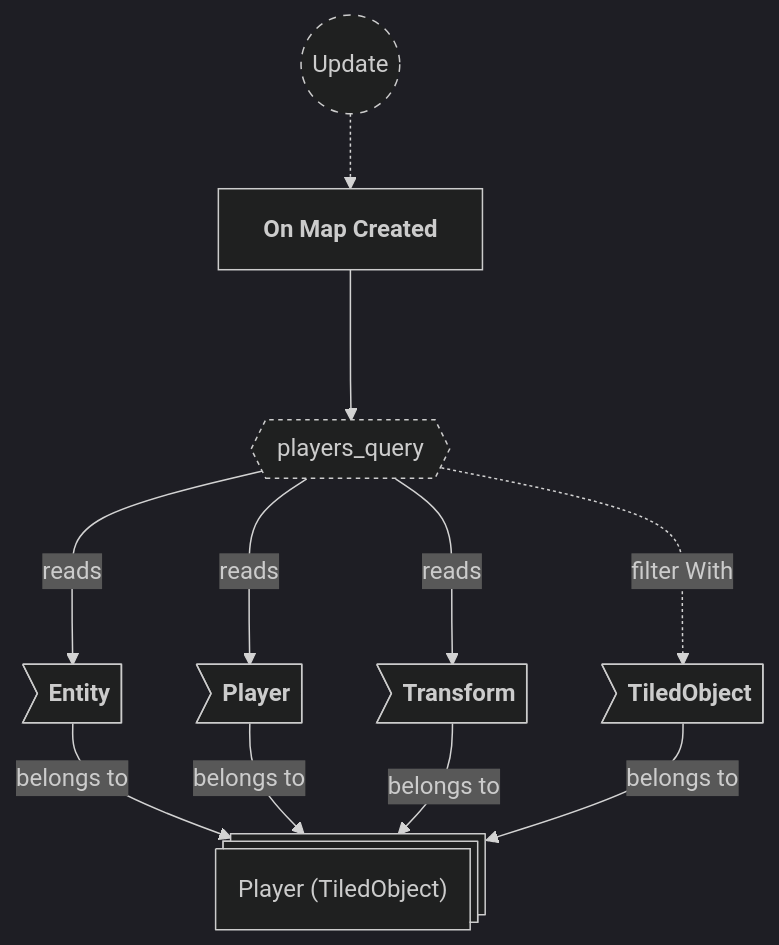
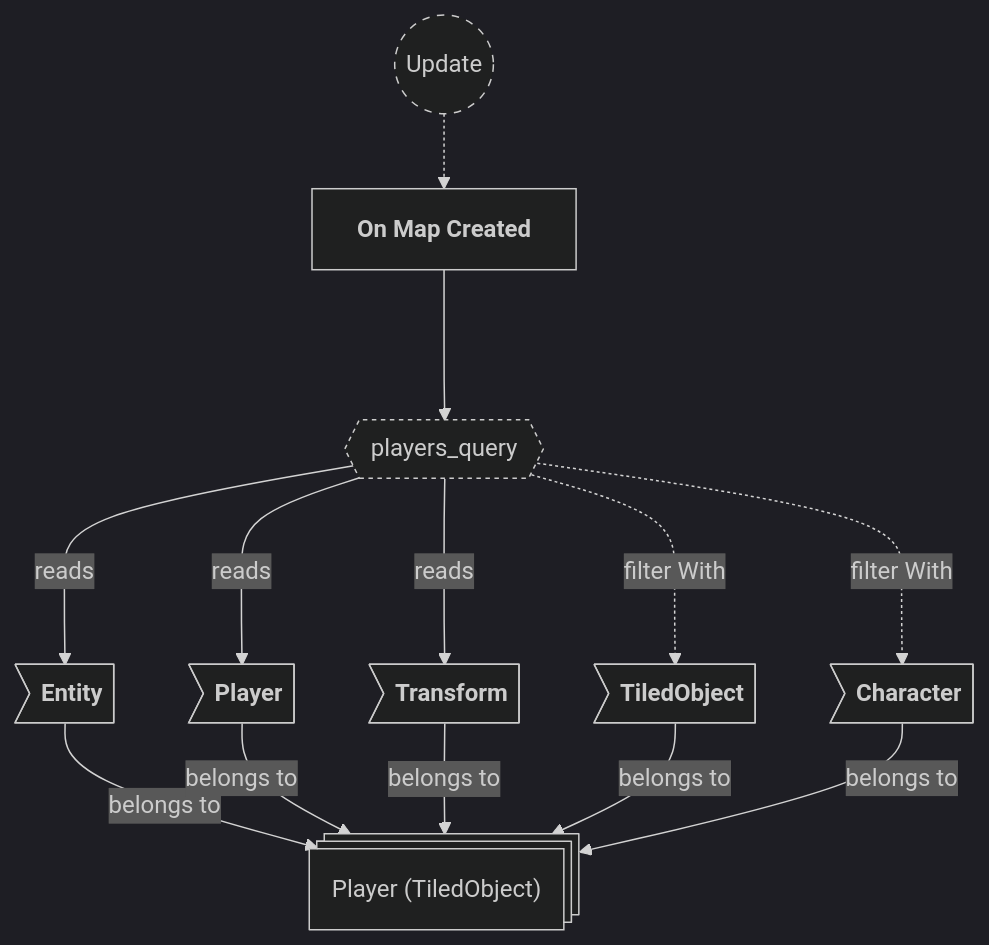
One commit to neurosoup/tyled changed the fifth of 10 diagrams in backlog/docs/doc-3 - 001-Maps-plugin.md. Above: the diagram before and after it, drawn with Mermaid. The commit also changed other lines of this file and 7 other files, not shown here.

````diff
--- a/backlog/docs/doc-3 - 001-Maps-plugin.md
+++ b/backlog/docs/doc-3 - 001-Maps-plugin.md
@@ -212,30 +212,32 @@
 ```mermaid
 ---
 config:
   theme: dark
 ---
 
 flowchart TD
 classDef system-group stroke-dasharray: 5 5
 classDef query stroke-dasharray: 3 3
 
 update(("`Update`")):::system-group
 on_map_created["`**On Map Created**`"]
 
 update -.-> on_map_created
 
 players_query{{"`players_query`"}}:::query
 on_map_created ---> players_query
 
 player_entity@{ shape: st-rect, label: "Player (TiledObject)" }
 
 pe_entity>"`**Entity**`"] --> |belongs to| player_entity
 pe_player>"`**Player**`"] --> |belongs to| player_entity
 pe_transform>"`**Transform**`"] --> |belongs to| player_entity
 pe_tiled_object>"`**TiledObject**`"] --> |belongs to| player_entity
+pe_character>"`**Character**`"] --> |belongs to| player_entity
 
 players_query ---> |reads| pe_entity
 players_query ---> |reads| pe_player
 players_query ---> |reads| pe_transform
 players_query -..-> |filter With| pe_tiled_object
+players_query -..-> |filter With| pe_character
 ```
````
